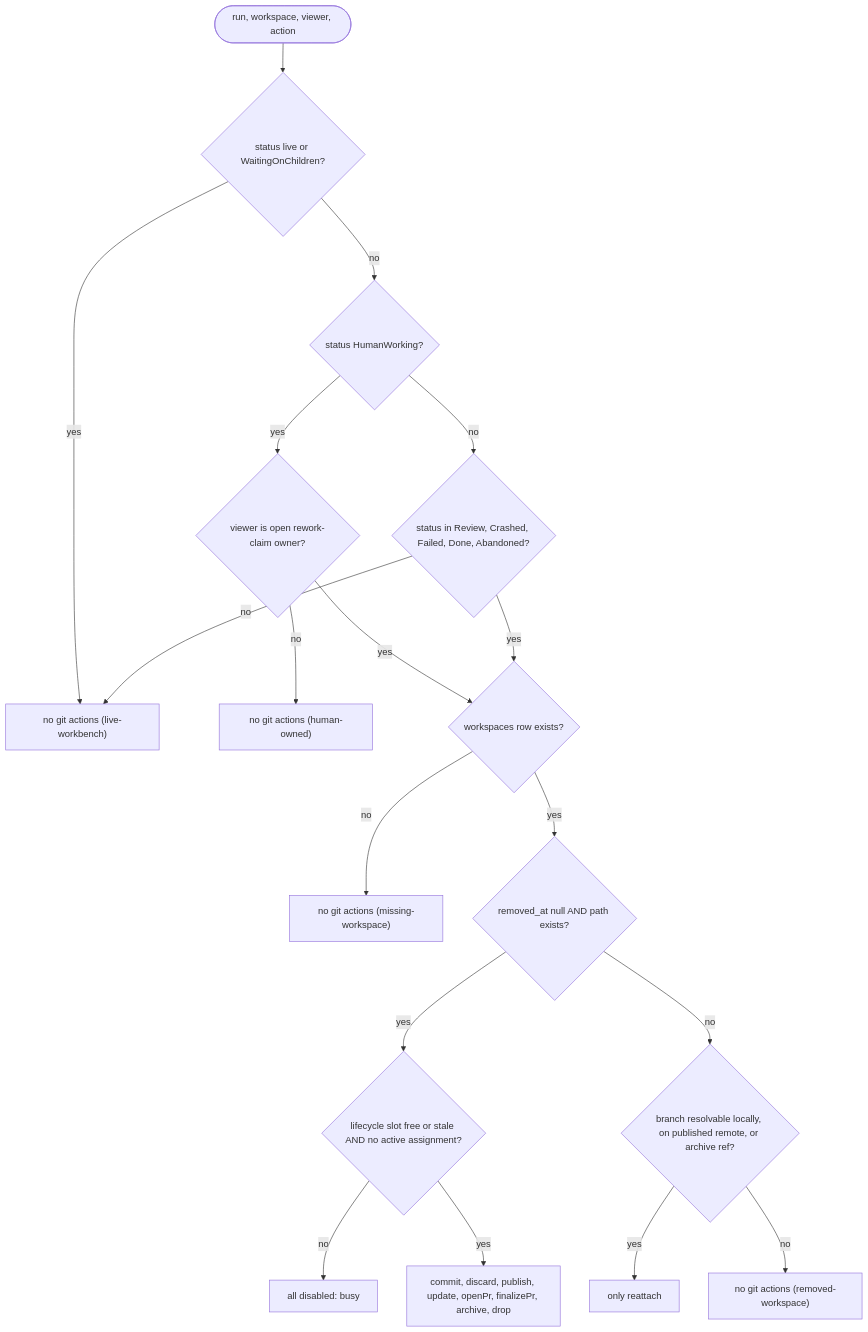
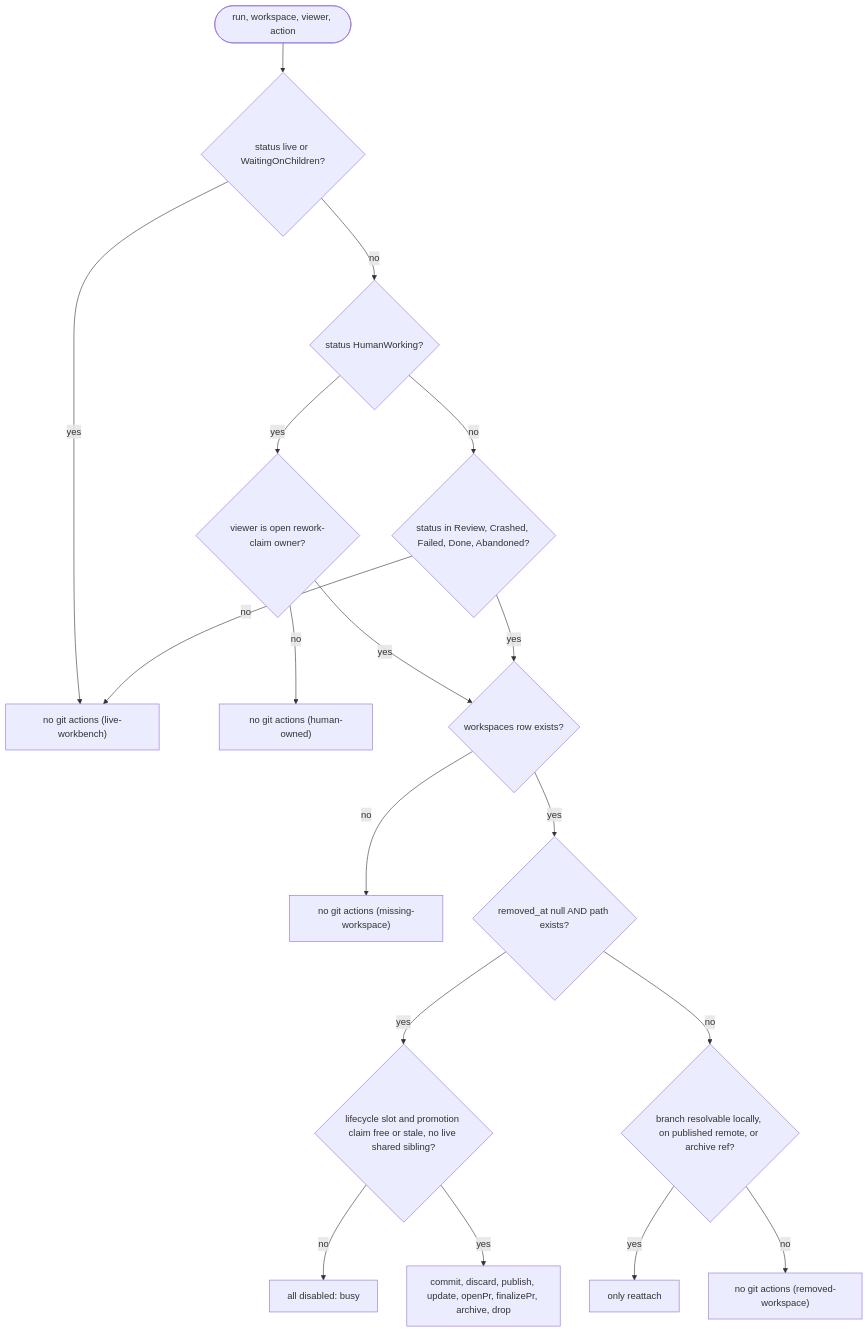
The second of 6 diagrams in docs/system-analytics/workbench-git.md (maister-dev/maister), drawn with Mermaid before and after one commit. The commit also changed other lines of this file and 19 other files, not shown here.

First line of the commit message:
docs(workbench-git): freeze the ADR-181 contracts (OpenAPI, ERD, taxonomy, screens, RU)

````diff
--- a/docs/system-analytics/workbench-git.md
+++ b/docs/system-analytics/workbench-git.md
@@ -91,20 +111,20 @@
 ```mermaid
 flowchart TD
     Start([run, workspace, viewer, action]) --> Live{"status live or WaitingOnChildren?"}
     Live -- yes --> None["no git actions (live-workbench)"]
     Live -- no --> HW{"status HumanWorking?"}
     HW -- yes --> Owner{"viewer is open rework-claim owner?"}
     Owner -- no --> Human["no git actions (human-owned)"]
     Owner -- yes --> Row
     HW -- no --> Parked{"status in Review, Crashed, Failed, Done, Abandoned?"}
     Parked -- no --> None
     Parked -- yes --> Row{"workspaces row exists?"}
     Row -- no --> Missing["no git actions (missing-workspace)"]
     Row -- yes --> Usable{"removed_at null AND path exists?"}
-    Usable -- yes --> Busy{"lifecycle slot free or stale AND no active assignment?"}
+    Usable -- yes --> Busy{"lifecycle slot and promotion claim free or stale, no live shared sibling?"}
     Usable -- no --> Src{"branch resolvable locally, on published remote, or archive ref?"}
     Src -- yes --> Reattach["only reattach"]
     Src -- no --> Dead["no git actions (removed-workspace)"]
     Busy -- no --> Wait["all disabled: busy"]
     Busy -- yes --> All["commit, discard, publish, update, openPr, finalizePr, archive, drop"]
 ```
````
